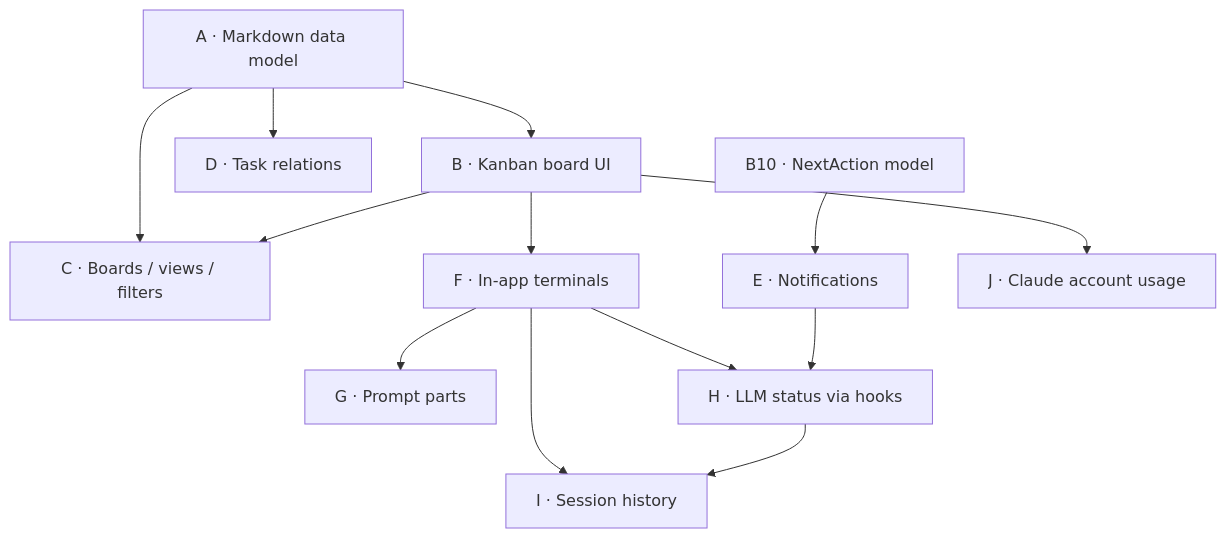
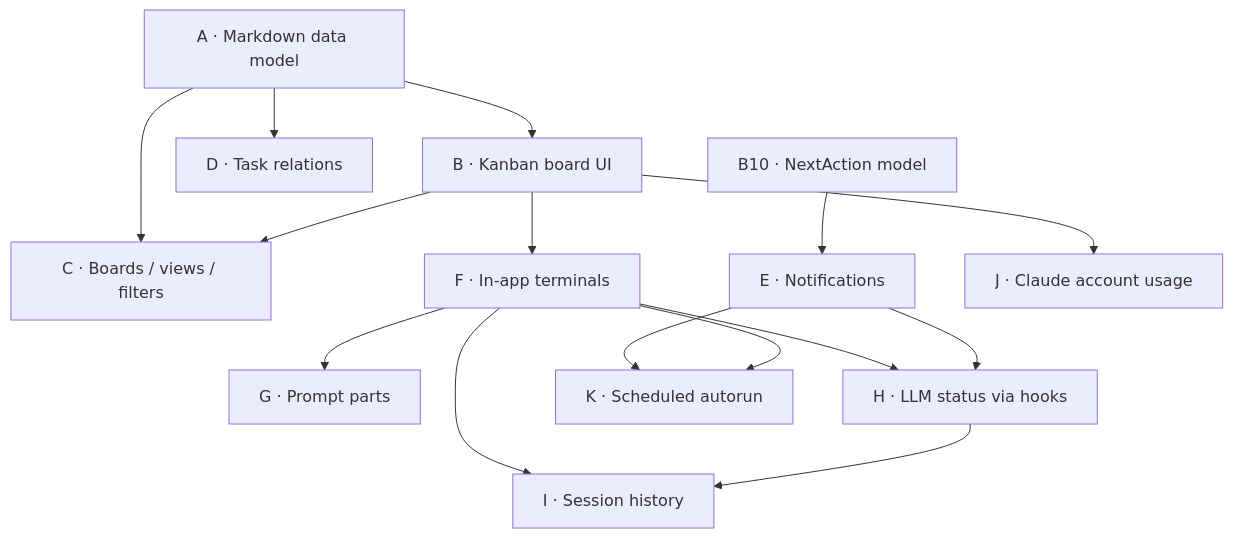
Before and after one commit to vitaliyreznikov/build-your-own-taskman: the diagram in DEPENDENCIES.md, drawn with Mermaid. The commit also changed other lines of this file and 2 other files, not shown here.

Commit message:
K01: spec — scheduled autorun (once + cron) of a task's Claude terminal
New Epic K. Arms a task to auto-open its terminal and auto-start Claude
(F12 ritual + F09 IN PROGRESS) when NextAction arrives. `once` disarms and
clears NextAction after firing; `cron:<5-field expr>` advances NextAction to
the next local-time occurrence. Cancelable ~15s countdown guards the
autonomous launch; overdue fires catch up sequentially on app launch.

````diff
--- a/DEPENDENCIES.md
+++ b/DEPENDENCIES.md
@@ -9,15 +9,17 @@
 ```mermaid
 graph TD
   A[A · Markdown data model] --> B[B · Kanban board UI]
   A --> C[C · Boards / views / filters]
   A --> D[D · Task relations]
   B --> C
   B10[B10 · NextAction model] --> E[E · Notifications]
   B --> F[F · In-app terminals]
   F --> G[G · Prompt parts]
   F --> H[H · LLM status via hooks]
   E --> H
   F --> I[I · Session history]
   H --> I
   B --> J[J · Claude account usage]
+  E --> K[K · Scheduled autorun]
+  F --> K
 ```
````
